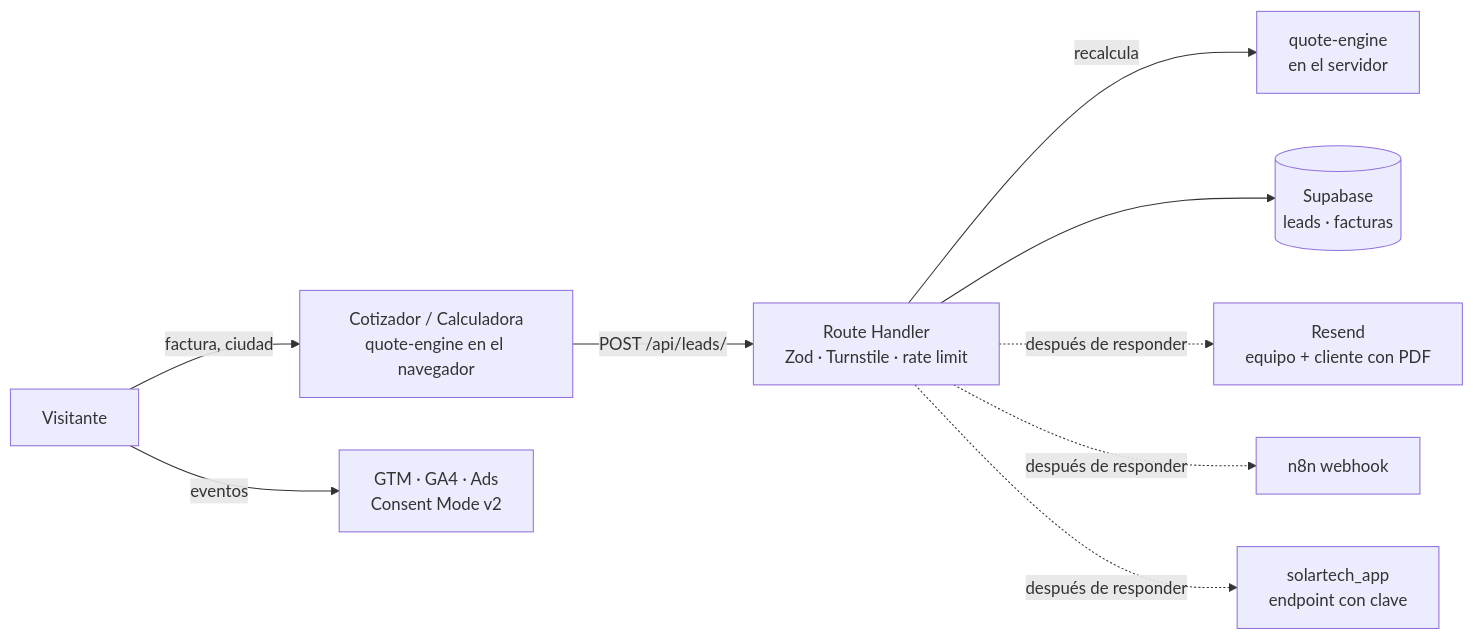
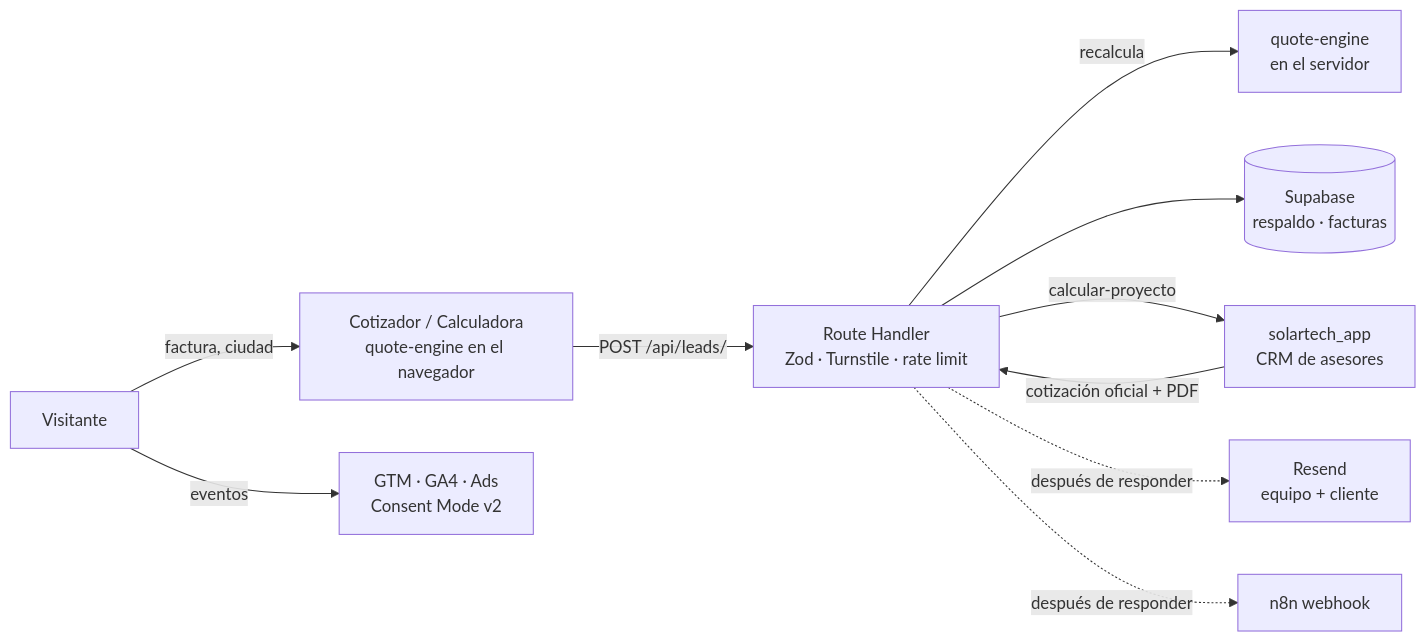
The diagram in README.md (pradadeveloper/solartech_web), drawn with Mermaid before and after one commit. The commit also changed other lines of this file and 10 other files, not shown here.

First line of the commit message:
feat(leads): enviar el cotizador y el formulario de contacto al CRM solartech_app

````diff
--- a/README.md
+++ b/README.md
@@ -80,11 +82,12 @@
 ```mermaid
 flowchart LR
   V[Visitante] -->|factura, ciudad| W[Cotizador / Calculadora<br/>quote-engine en el navegador]
   W -->|POST /api/leads/| API[Route Handler<br/>Zod · Turnstile · rate limit]
   API -->|recalcula| QE[quote-engine<br/>en el servidor]
-  API --> DB[(Supabase<br/>leads · facturas)]
-  API -. después de responder .-> M[Resend<br/>equipo + cliente con PDF]
+  API --> DB[(Supabase<br/>respaldo · facturas)]
+  API -->|calcular-proyecto| SA[solartech_app<br/>CRM de asesores]
+  SA -->|cotización oficial + PDF| API
+  API -. después de responder .-> M[Resend<br/>equipo + cliente]
   API -. después de responder .-> N[n8n webhook]
-  API -. después de responder .-> SA[solartech_app<br/>endpoint con clave]
   V -->|eventos| GTM[GTM · GA4 · Ads<br/>Consent Mode v2]
 ```
````
